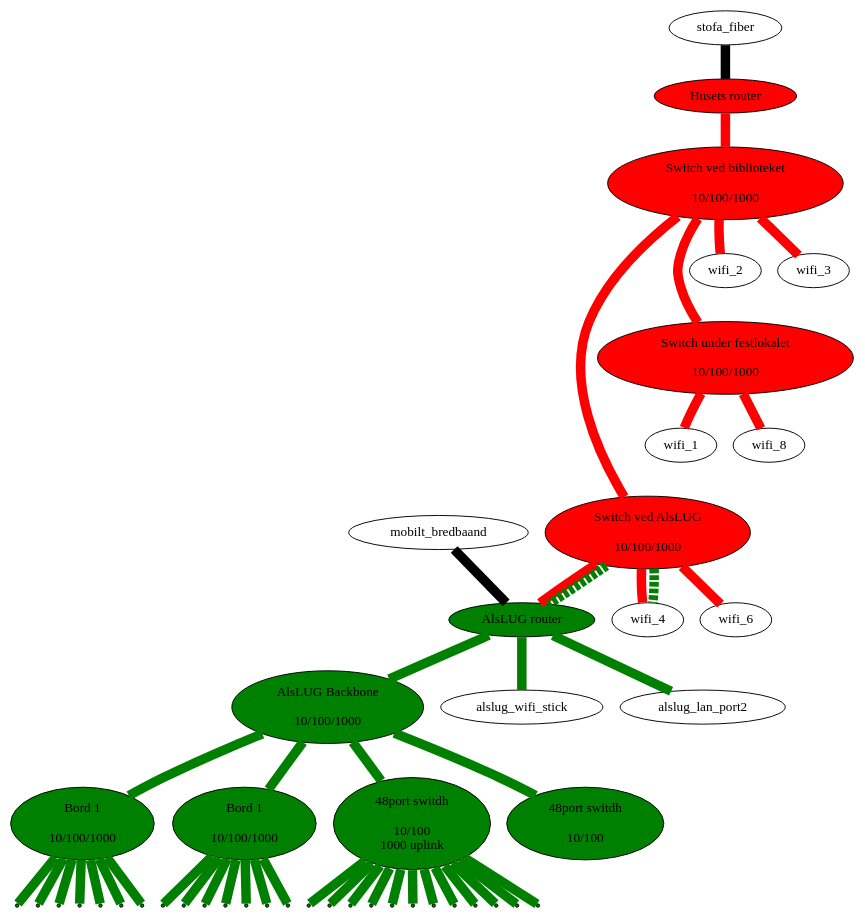
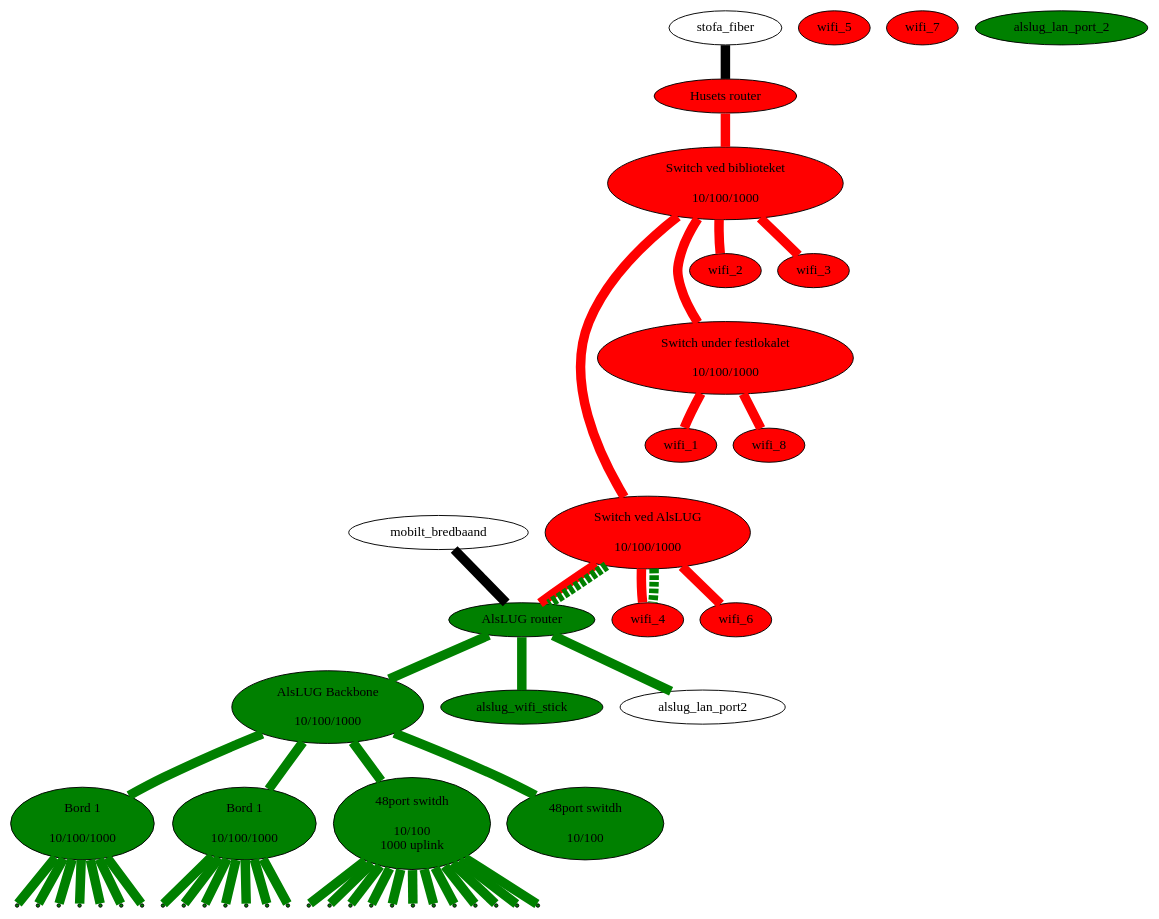
Before and after one commit to alslug/alslug.dk: the diagram in projekter/network.dot, drawn with Graphviz.

```diff
--- a/projekter/network.dot
+++ b/projekter/network.dot
@@ -1,58 +1,60 @@
 digraph xxx {
 #  link_12a [ shape=point ];
 #  link_12b [ shape=point ];
 #  link_12c [ shape=point ];
   edge [ dir=none penwidth=10 ];
 
   node [ style=filled fillcolor=red ];
   husets_router [ label="Husets router" ];
   husets_switch_1 [ label="Switch ved biblioteket\n\n 10/100/1000" ];
   husets_switch_2 [ label="Switch ved AlsLUG\n\n 10/100/1000" ];
   festlokale_switch [ label="Switch under festlokalet\n\n 10/100/1000" ];
+  wifi_1 wifi_2 wifi_3 wifi_4 wifi_5 wifi_6 wifi_7 wifi_8;
   
   node [ style=filled fillcolor=green ];
   alslug_router [ label="AlsLUG router" ];
   alslug_backbone_switch [ label="AlsLUG Backbone\n\n10/100/1000"];
   bord_1 [ label="Bord 1\n\n10/100/1000"];
   bord_2 [ label="Bord 1\n\n10/100/1000"];
   switch_48p [ label="48port switdh\n\n10/100\n1000 uplink"];
   switch_48p_poe [ label="48port switdh\n\n10/100"];
-
+  alslug_wifi_stick alslug_lan_port_2;
+  
   node [ style=normal ];
   // Internet forbindelser
   stofa_fiber      -> husets_router [ fillcolor=black style=filled ];
   mobilt_bredbaand -> alslug_router [ fillcolor=black style=filled ];
   
   // Husets forbindelser
   edge  [ color=red style=solid ];
   husets_router -> husets_switch_1 -> { wifi_2 wifi_3 };
   husets_switch_1 -> husets_switch_2 -> { wifi_4 wifi_6 alslug_router};
   husets_switch_1 -> festlokale_switch -> { wifi_1 wifi_8 };
 
   // VLAN forbindelser over bakkensbros netværk
   edge  [ color=green style=dashed ];
   husets_switch_2 -> { alslug_router wifi_4 };
   
   // Interne forbindelser
   edge [ color=green style=solid ];
   alslug_router -> { alslug_wifi_stick alslug_backbone_switch alslug_lan_port2 };
   alslug_backbone_switch -> { bord_1 bord_2 switch_48p switch_48p_poe }
   
   node [ shape=point ];
   bord_1 -> {
                   bord_1_1 bord_1_2 bord_1_3 bord_1_4
                   bord_1_5 bord_1_6 bord_1_7
                 }
   bord_2 -> {
                   bord_2_1 bord_2_2 bord_2_3 bord_2_4
                   bord_2_5 bord_2_6 bord_2_7
                 }
   switch_48p -> {
                   switch_48p_1 switch_48p_2 switch_48p_3 switch_48p_4
                   switch_48p_5 switch_48p_6 switch_48p_7 switch_48p_8
                   switch_48p_9 switch_48p_10 switch_48p_11 switch_48p_12
                 }
   
   edge [ color=invis ];
   husets_switch_1 -> wifi_2 -> festlokale_switch -> wifi_1 -> husets_switch_2;
 }
```
